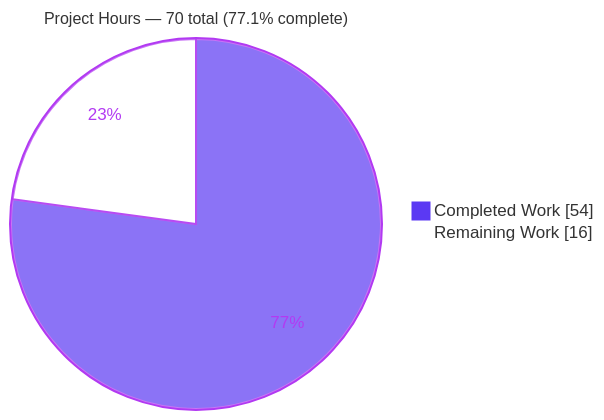
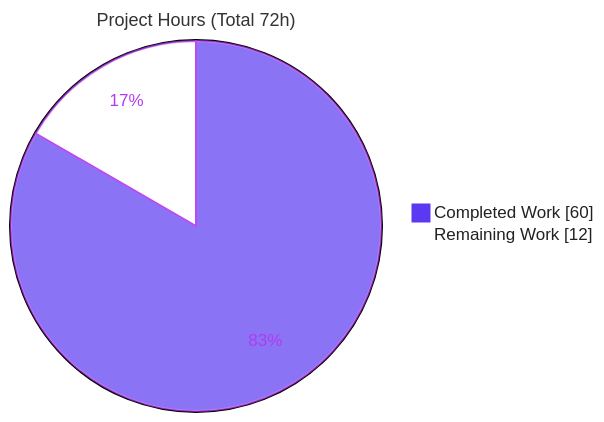
Before and after one commit to Blitzy-Sandbox/blitzy-celery: the second of 3 diagrams in blitzy/documentation/Project Guide.md, drawn with Mermaid. The commit also changed other lines of this file, not shown here.

Commit message:
Adding Blitzy Project Guide: Project Status and Human Tasks Remaining

````diff
--- a/blitzy/documentation/Project Guide.md
+++ b/blitzy/documentation/Project Guide.md
@@ -199,6 +201,6 @@
 ```mermaid
-%%{init: {'theme':'base','themeVariables':{'pie1':'#5B39F3','pie2':'#FFFFFF','pieStrokeColor':'#B23AF2','pieOuterStrokeColor':'#B23AF2','pieSectionTextColor':'#B23AF2','pieStrokeWidth':'2px','pieTitleTextSize':'16px'}}}%%
-pie showData title Project Hours — 70 total (77.1% complete)
-    "Completed Work" : 54
-    "Remaining Work" : 16
+%%{init: {'theme':'base', 'themeVariables': {'pie1':'#5B39F3','pie2':'#FFFFFF','pieStrokeColor':'#B23AF2','pieStrokeWidth':'2px','pieOuterStrokeWidth':'2px','pieTitleTextSize':'18px','pieSectionTextStyle':'bold','pieSectionTextColor':'#B23AF2','pieLegendTextColor':'#222'}}}%%
+pie showData title Project Hours (Total 72h)
+    "Completed Work" : 60
+    "Remaining Work" : 12
 ```
````
